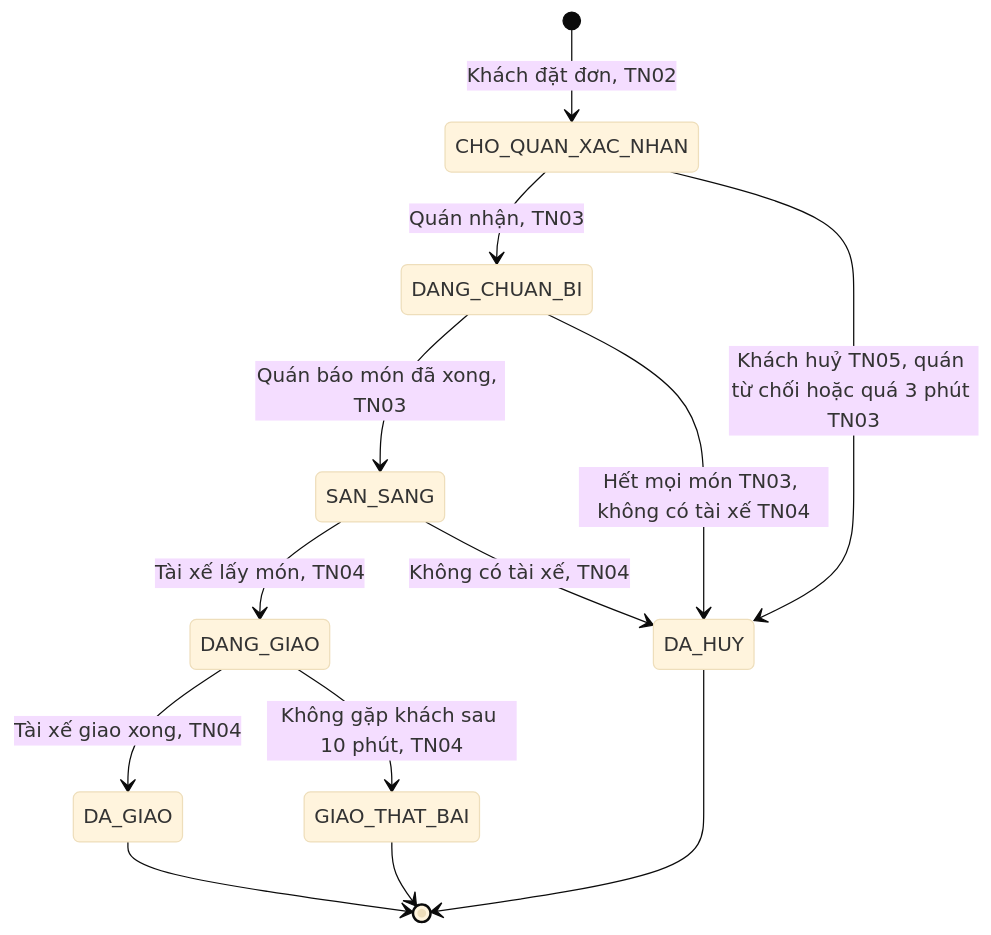
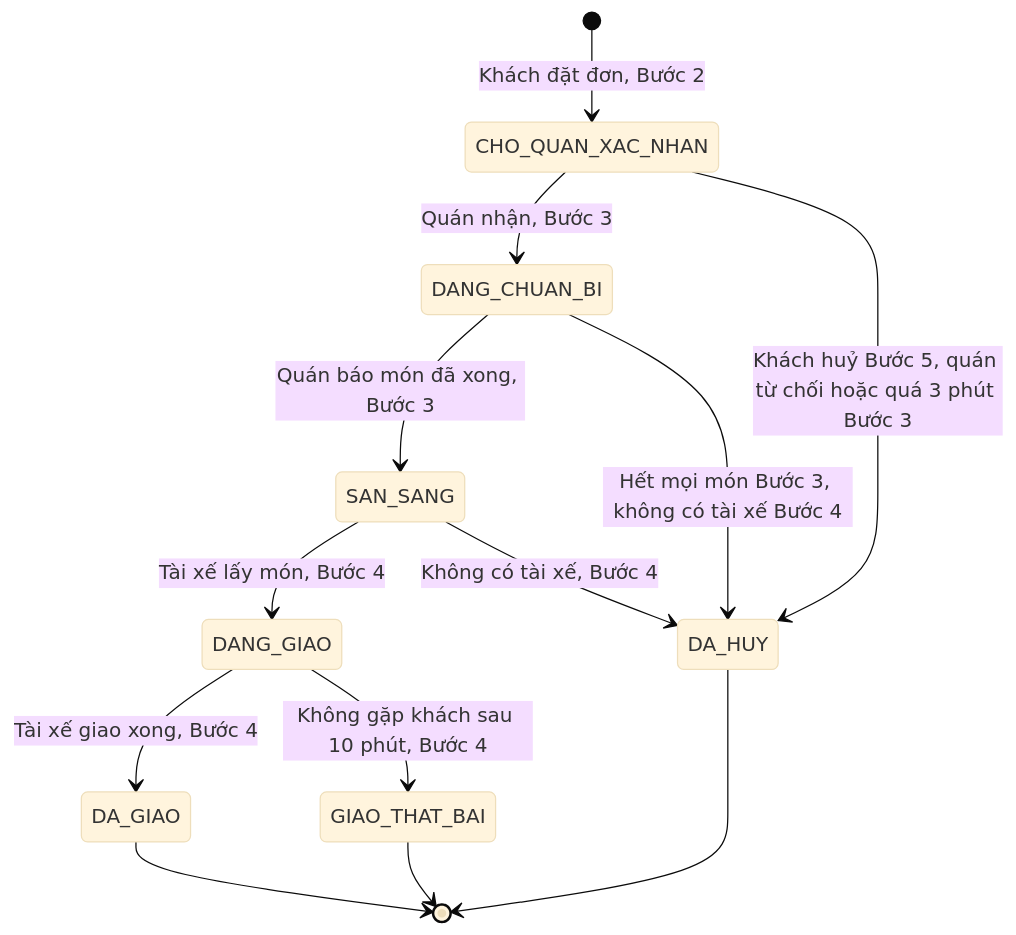
Before and after one commit to uxfoundation-vn/de06-dat-ship-do-an: the first of 2 diagrams in README.md, drawn with Mermaid (base theme). The commit also changed other lines of this file and 12 other files, not shown here.

````diff
--- a/README.md
+++ b/README.md
@@ -21,15 +27,15 @@
 ```mermaid
 stateDiagram-v2
-  [*] --> CHO_QUAN_XAC_NHAN : Khách đặt đơn, TN02
-  CHO_QUAN_XAC_NHAN --> DANG_CHUAN_BI : Quán nhận, TN03
-  CHO_QUAN_XAC_NHAN --> DA_HUY : Khách huỷ TN05, quán từ chối hoặc quá 3 phút TN03
-  DANG_CHUAN_BI --> SAN_SANG : Quán báo món đã xong, TN03
-  DANG_CHUAN_BI --> DA_HUY : Hết mọi món TN03, không có tài xế TN04
-  SAN_SANG --> DANG_GIAO : Tài xế lấy món, TN04
-  SAN_SANG --> DA_HUY : Không có tài xế, TN04
-  DANG_GIAO --> DA_GIAO : Tài xế giao xong, TN04
-  DANG_GIAO --> GIAO_THAT_BAI : Không gặp khách sau 10 phút, TN04
+  [*] --> CHO_QUAN_XAC_NHAN : Khách đặt đơn, Bước 2
+  CHO_QUAN_XAC_NHAN --> DANG_CHUAN_BI : Quán nhận, Bước 3
+  CHO_QUAN_XAC_NHAN --> DA_HUY : Khách huỷ Bước 5, quán từ chối hoặc quá 3 phút Bước 3
+  DANG_CHUAN_BI --> SAN_SANG : Quán báo món đã xong, Bước 3
+  DANG_CHUAN_BI --> DA_HUY : Hết mọi món Bước 3, không có tài xế Bước 4
+  SAN_SANG --> DANG_GIAO : Tài xế lấy món, Bước 4
+  SAN_SANG --> DA_HUY : Không có tài xế, Bước 4
+  DANG_GIAO --> DA_GIAO : Tài xế giao xong, Bước 4
+  DANG_GIAO --> GIAO_THAT_BAI : Không gặp khách sau 10 phút, Bước 4
   DA_GIAO --> [*]
   GIAO_THAT_BAI --> [*]
   DA_HUY --> [*]
 ```
````
